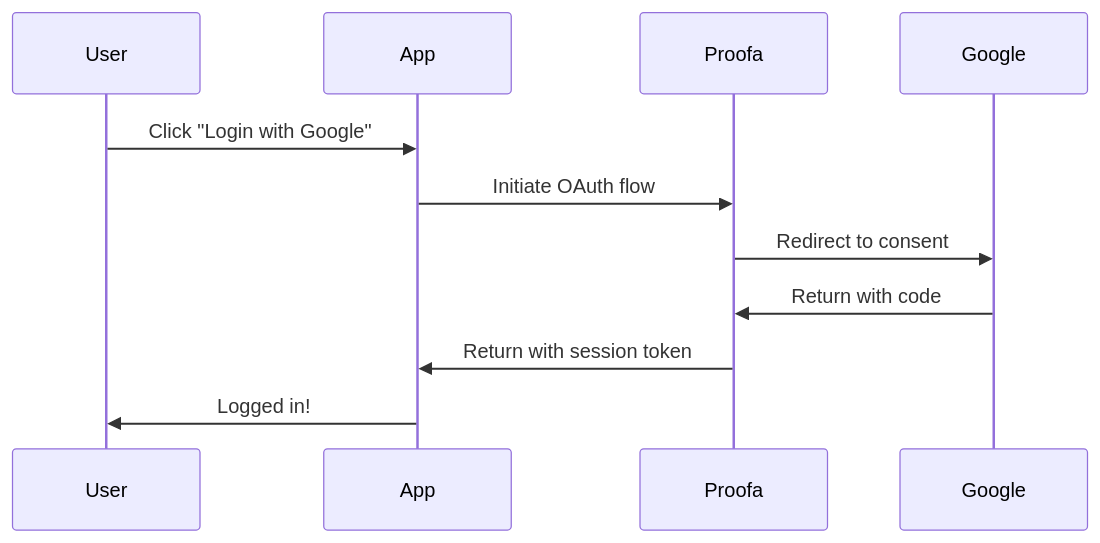
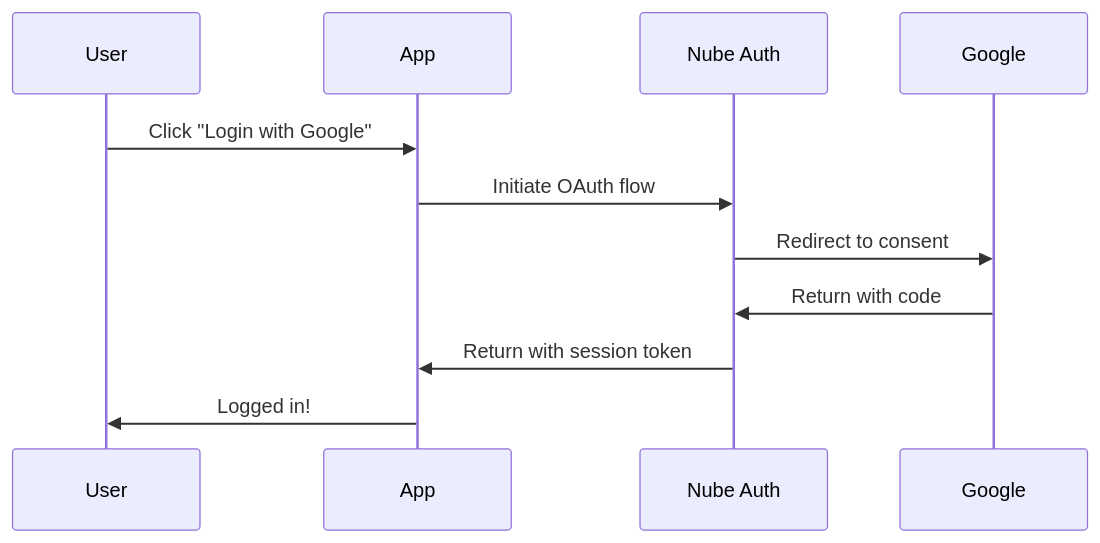
One commit to nube-auth/nube-auth changed the diagram in apps/dashboard/docs/src/content/docs/authentication/overview.md. Above: the diagram before and after it, drawn with Mermaid. The commit also changed other lines of this file and 292 other files, not shown here.

Commit message:
chore: rename proofa → nube-auth across entire codebase

````diff
--- a/apps/dashboard/docs/src/content/docs/authentication/overview.md
+++ b/apps/dashboard/docs/src/content/docs/authentication/overview.md
@@ -17,9 +17,9 @@
 ```mermaid
 sequenceDiagram
     User->>App: Click "Login with Google"
-    App->>Proofa: Initiate OAuth flow
-    Proofa->>Google: Redirect to consent
-    Google->>Proofa: Return with code
-    Proofa->>App: Return with session token
+    App->>Nube Auth: Initiate OAuth flow
+    Nube Auth->>Google: Redirect to consent
+    Google->>Nube Auth: Return with code
+    Nube Auth->>App: Return with session token
     App->>User: Logged in!
 ```
````
